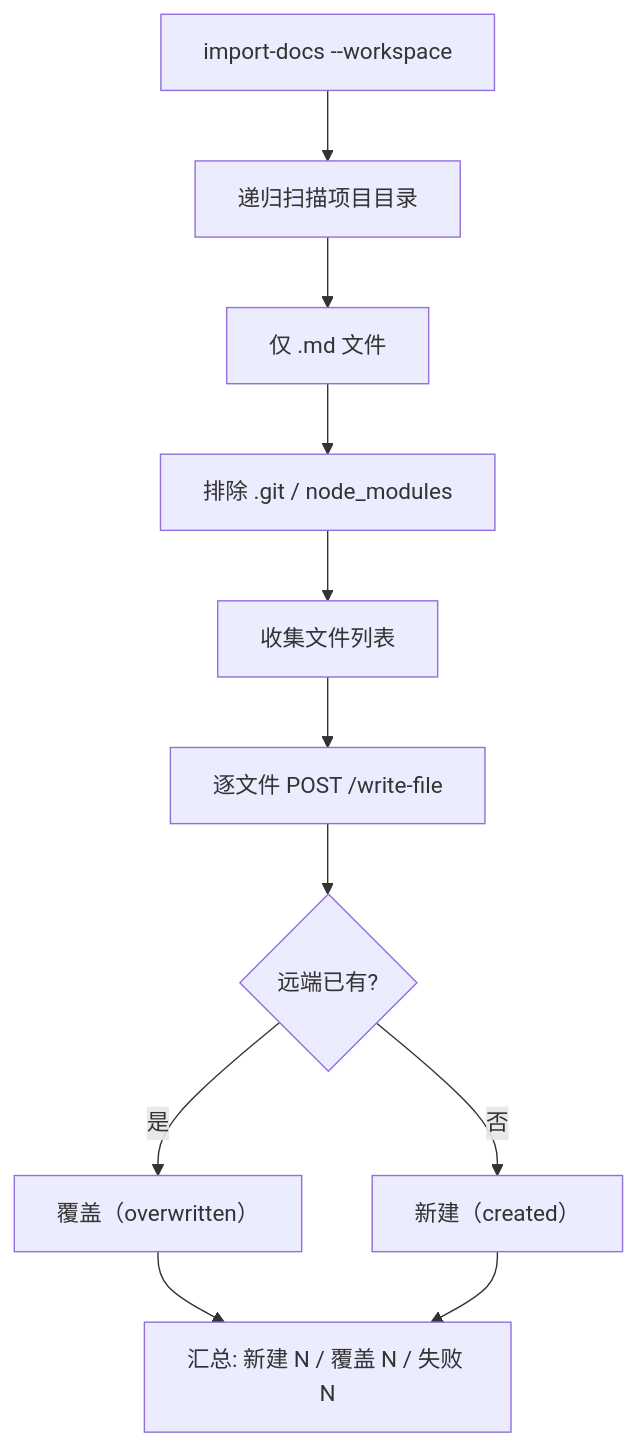
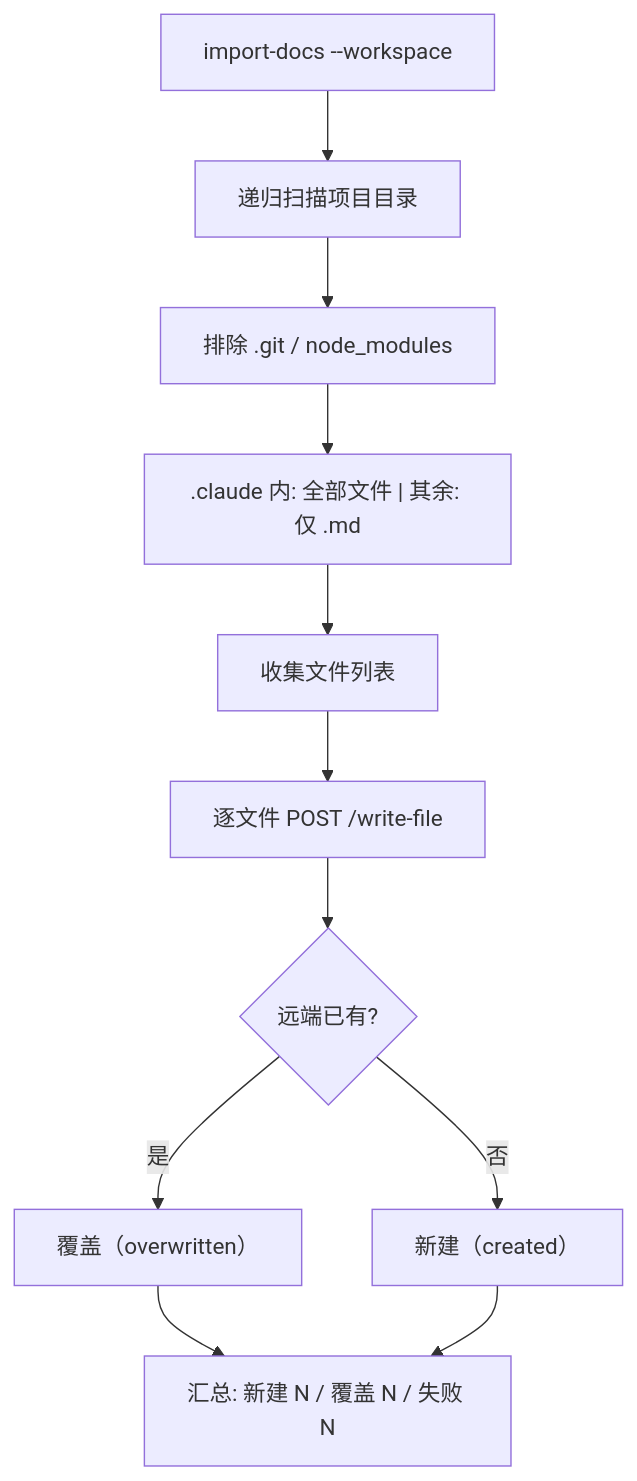
One commit to effiy/YrY changed the first of 2 diagrams in skills/import-docs/SKILL.md. Above: the diagram before and after it, drawn with Mermaid. The commit also changed other lines of this file and 2 other files, not shown here.

````diff
--- a/skills/import-docs/SKILL.md
+++ b/skills/import-docs/SKILL.md
@@ -14,12 +14,12 @@
 ```mermaid
 flowchart TD
     CMD["import-docs --workspace"] --> SCAN["递归扫描项目目录"]
-    SCAN --> FILTER["仅 .md 文件"]
-    FILTER --> EXCLUDE["排除 .git / node_modules"]
-    EXCLUDE --> LIST["收集文件列表"]
+    SCAN --> EXCLUDE["排除 .git / node_modules"]
+    EXCLUDE --> FILTER[".claude 内: 全部文件 | 其余: 仅 .md"]
+    FILTER --> LIST["收集文件列表"]
     LIST --> IMPORT["逐文件 POST /write-file"]
     IMPORT --> DEDUP{远端已有?}
     DEDUP -->|是| OW["覆盖（overwritten）"]
     DEDUP -->|否| NEW["新建（created）"]
     OW & NEW --> STATS["汇总: 新建 N / 覆盖 N / 失败 N"]
 ```
````
